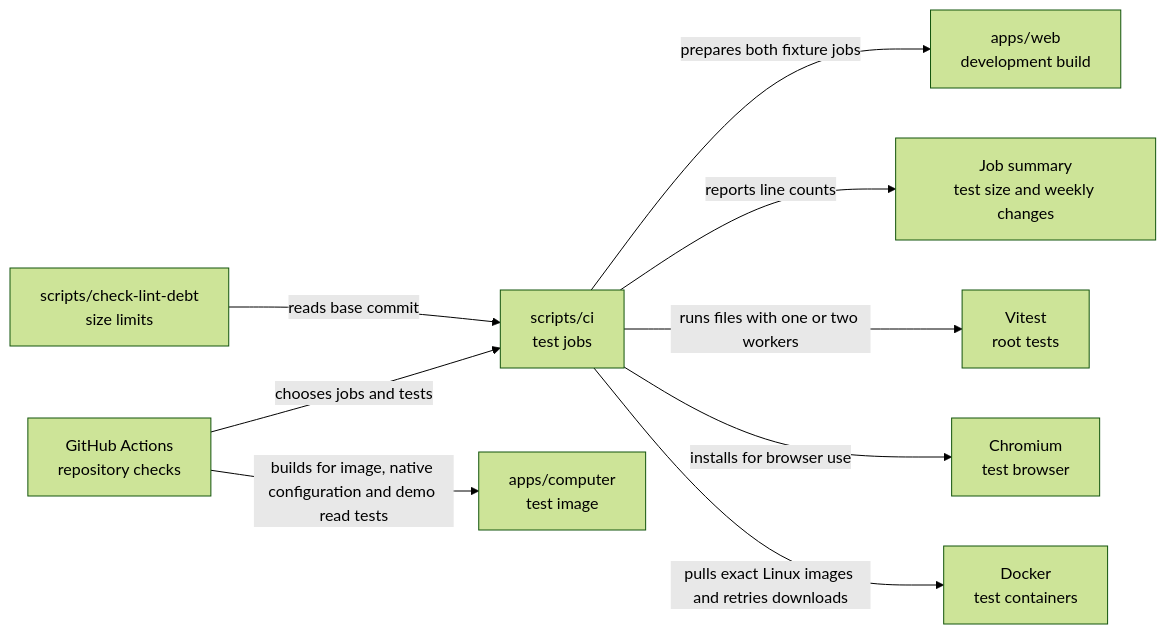
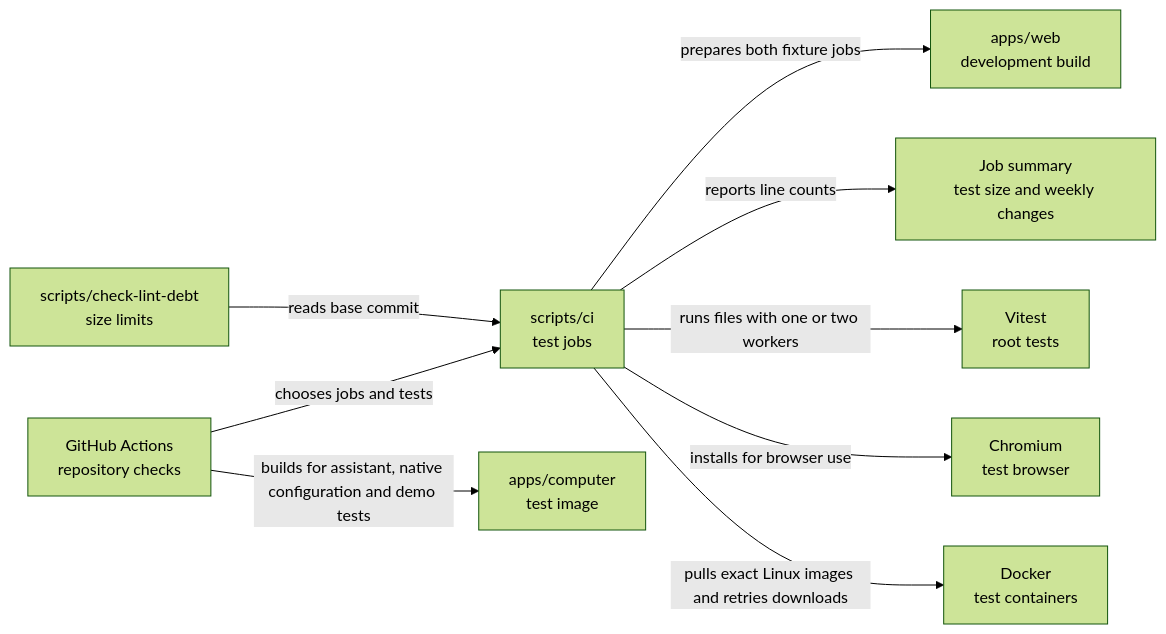
One commit to elewa-git/opencrane-new changed the diagram in scripts/ci/README.md. Above: the diagram before and after it, drawn with Mermaid (forest theme). The commit also changed other lines of this file and 104 other files, not shown here.

````diff
--- a/scripts/ci/README.md
+++ b/scripts/ci/README.md
@@ -15,11 +15,11 @@
 ```mermaid
 flowchart LR
   actions["GitHub Actions<br/>repository checks"] -->|chooses jobs and tests| ci["scripts/ci<br/>test jobs"]
   ci -->|prepares both fixture jobs| web["apps/web<br/>development build"]
   ci -->|reports line counts| summary["Job summary<br/>test size and weekly changes"]
   debt["scripts/check-lint-debt<br/>size limits"] -->|reads base commit| ci
   ci -->|runs files with one or two workers| vitest["Vitest<br/>root tests"]
-  actions -->|builds for image, native configuration and demo read tests| computer["apps/computer<br/>test image"]
+  actions -->|builds for assistant, native configuration and demo tests| computer["apps/computer<br/>test image"]
   ci -->|installs for browser use| chromium["Chromium<br/>test browser"]
   ci -->|pulls exact Linux images and retries downloads| docker["Docker<br/>test containers"]
 ```
````
